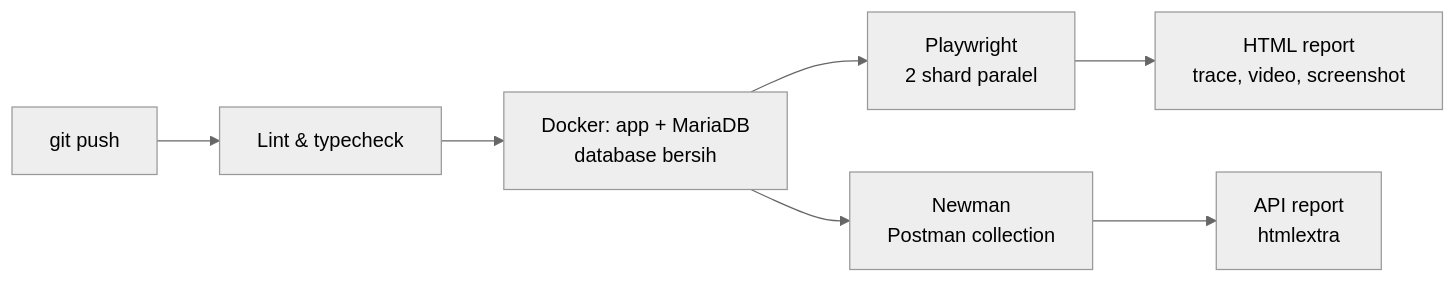
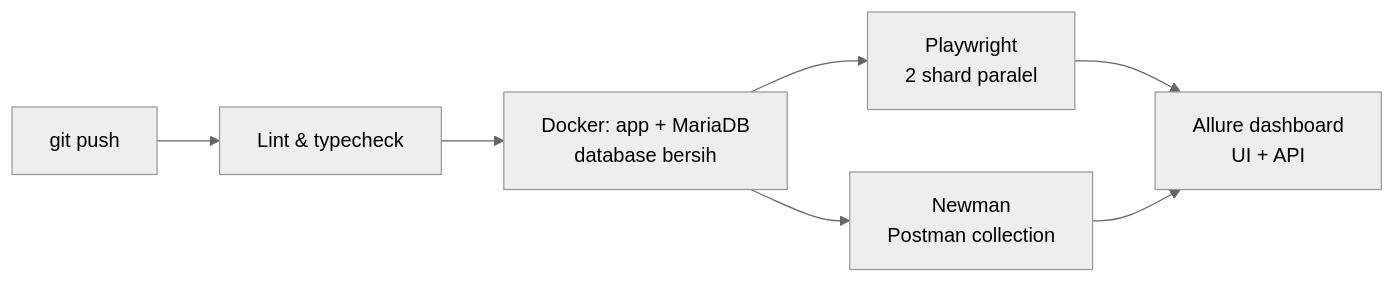
One commit to rachelsa26/partambus changed the diagram in README.md. Above: the diagram before and after it, drawn with Mermaid (neutral theme). The commit also changed other lines of this file and 13 other files, not shown here.

Commit message:
Add Allure Report combining Playwright (UI) and Newman (API), plus npm run qa

````diff
--- a/README.md
+++ b/README.md
@@ -19,9 +19,9 @@
 ```mermaid
 flowchart LR
   A[git push] --> B[Lint & typecheck]
   B --> C[Docker: app + MariaDB<br/>database bersih]
   C --> D[Playwright<br/>2 shard paralel]
   C --> F[Newman<br/>Postman collection]
-  D --> E[HTML report<br/>trace, video, screenshot]
-  F --> G[API report<br/>htmlextra]
+  D --> H[Allure dashboard<br/>UI + API]
+  F --> H
 ```
````
